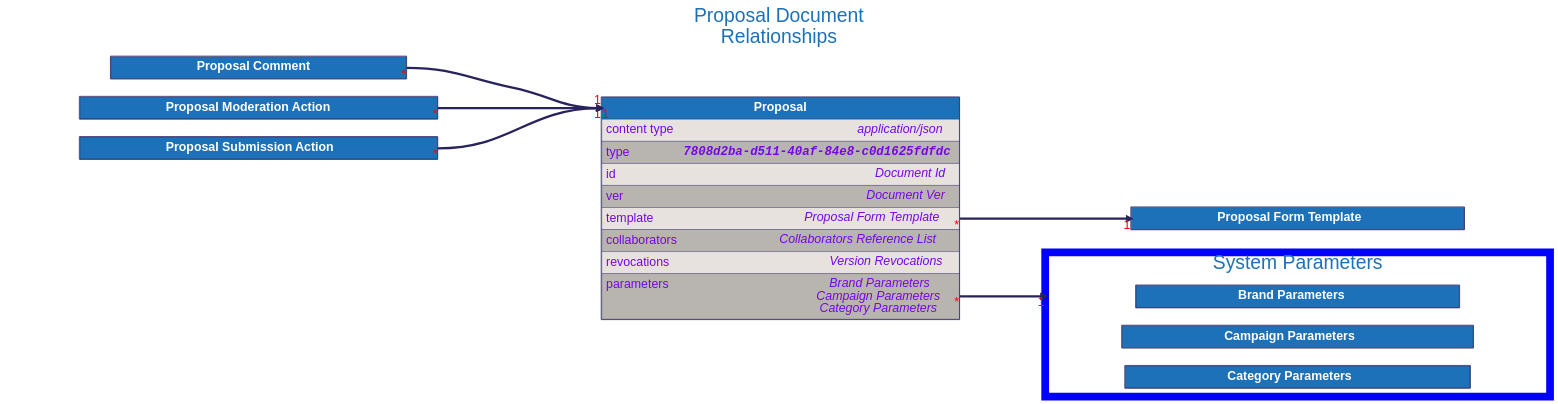
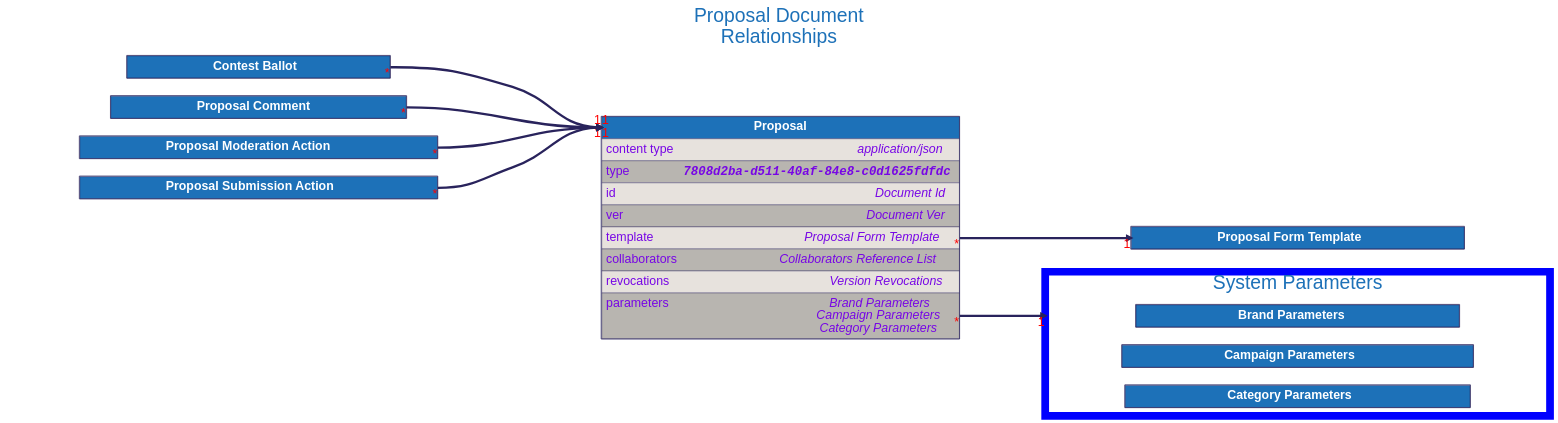
One commit to input-output-hk/catalyst-libs changed the diagram in docs/src/architecture/08_concepts/signed_doc/diagrams/proposal.dot. Above: the diagram before and after it, drawn with Graphviz. The commit also changed 37 other files, not shown here.

```diff
--- a/docs/src/architecture/08_concepts/signed_doc/diagrams/proposal.dot
+++ b/docs/src/architecture/08_concepts/signed_doc/diagrams/proposal.dot
@@ -123,6 +123,21 @@
     ];
 
 
+    "Contest Ballot" [
+        id="Contest Ballot";
+        label=<
+            <TABLE BORDER="2" COLOR="#29235c" CELLBORDER="1" CELLSPACING="0" CELLPADDING="10">
+            <TR>
+                <TD PORT="title" BGCOLOR="#1d71b8" HREF="../contest_ballot/">
+                    <FONT COLOR="#ffffff"><B> Contest Ballot </B></FONT>
+                </TD>
+            </TR>
+
+            </TABLE>
+        >
+    ];
+
+
     "Proposal Comment" [
         id="Proposal Comment";
         label=<
@@ -221,6 +236,7 @@
 
     "Proposal":"template":e -> "Proposal Form Template":"title":w [dir=forward, penwidth=6, color="#29235c", headlabel="1", taillabel="*"]
     "Proposal":"parameters":e -> "Brand Parameters" [dir=forward, penwidth=6, color="#29235c", headlabel="1", taillabel="*", lhead="cluster_system_parameters"]
+    "Contest Ballot":"title":e -> "Proposal":"title":w [dir=forward, penwidth=6, color="#29235c", headlabel="1", taillabel="*"]
     "Proposal Comment":"title":e -> "Proposal":"title":w [dir=forward, penwidth=6, color="#29235c", headlabel="1", taillabel="*"]
     "Proposal Moderation Action":"title":e -> "Proposal":"title":w [dir=forward, penwidth=6, color="#29235c", headlabel="1", taillabel="*"]
     "Proposal Submission Action":"title":e -> "Proposal":"title":w [dir=forward, penwidth=6, color="#29235c", headlabel="1", taillabel="*"]
```
